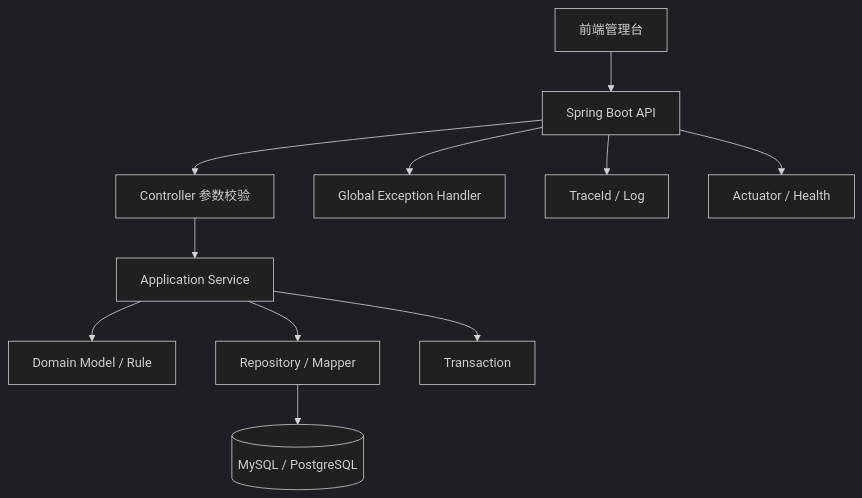
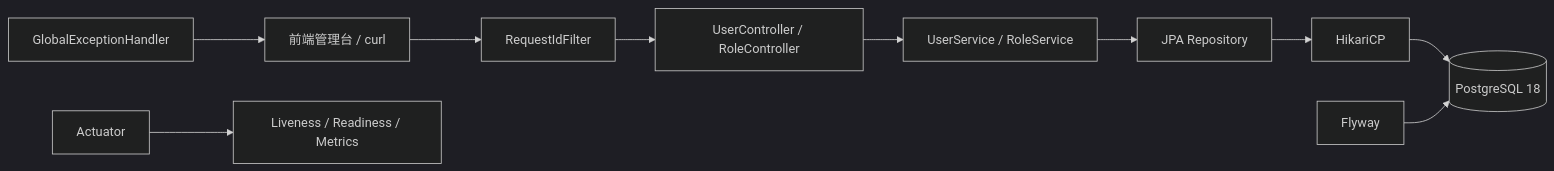
One commit to yokry-he/yok-study-web changed the first of 6 diagrams in docs/java/spring-boot-project-from-zero.md. Above: the diagram before and after it, drawn with Mermaid (dark theme). The commit also changed other lines of this file and 277 other files, not shown here.

````diff
--- a/docs/java/spring-boot-project-from-zero.md
+++ b/docs/java/spring-boot-project-from-zero.md
@@ -79,13 +52,12 @@
 ```mermaid
-flowchart TD
-  A["前端管理台"] --> B["Spring Boot API"]
-  B --> C["Controller 参数校验"]
-  C --> D["Application Service"]
-  D --> E["Domain Model / Rule"]
-  D --> F["Repository / Mapper"]
-  F --> G[("MySQL / PostgreSQL")]
-  D --> H["Transaction"]
-  B --> I["Global Exception Handler"]
-  B --> J["TraceId / Log"]
-  B --> K["Actuator / Health"]
+flowchart LR
+  UI["前端管理台 / curl"] --> F["RequestIdFilter"]
+  F --> C["UserController / RoleController"]
+  C --> S["UserService / RoleService"]
+  S --> R["JPA Repository"]
+  R --> H["HikariCP"]
+  H --> DB[("PostgreSQL 18")]
+  M["Flyway"] --> DB
+  E["GlobalExceptionHandler"] --> UI
+  A["Actuator"] --> P["Liveness / Readiness / Metrics"]
 ```
````
